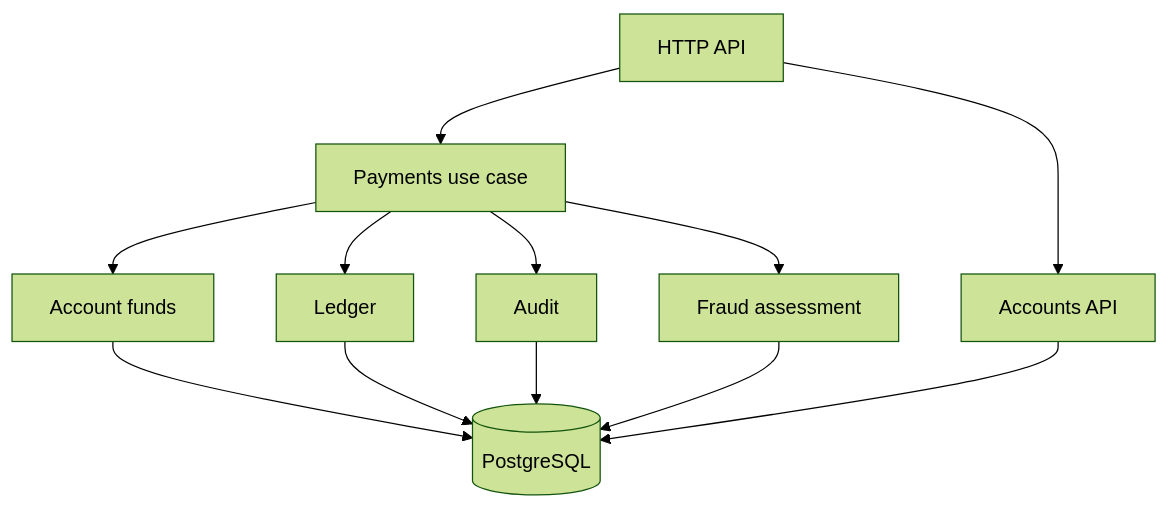
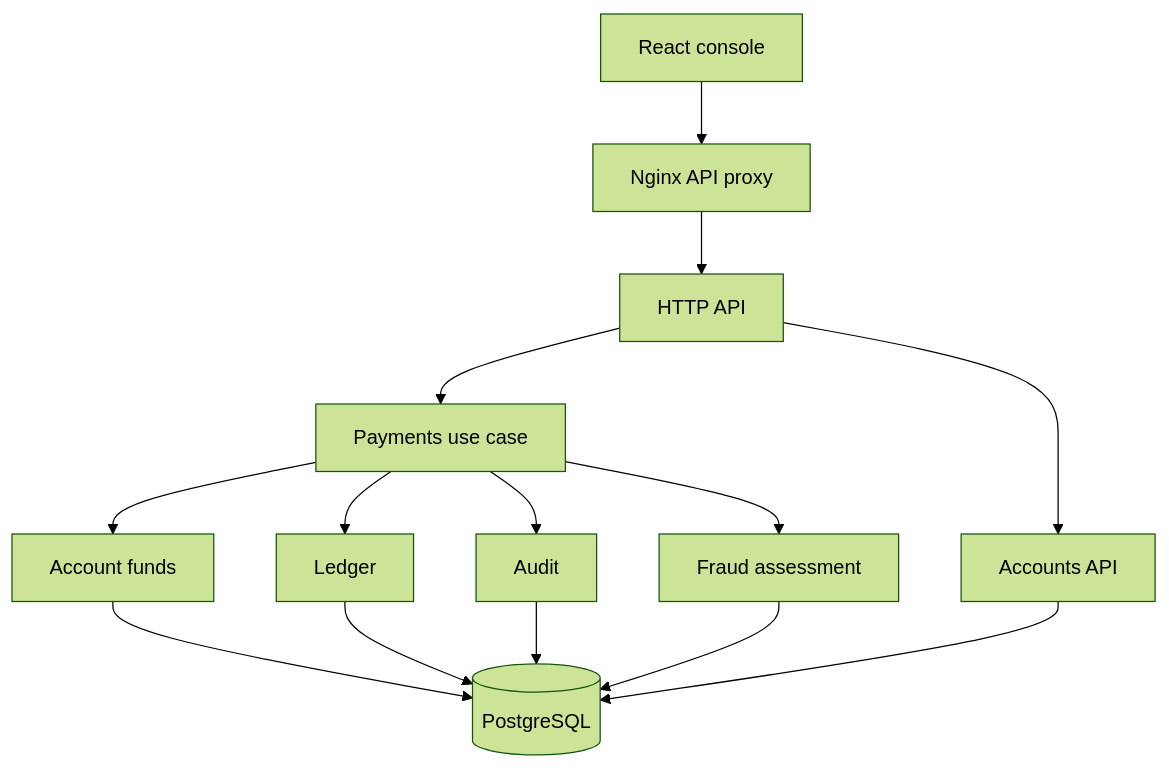
One commit to Danylo16/sentinel-payment-fraud-engine changed the diagram in README.md. Above: the diagram before and after it, drawn with Mermaid (forest theme). The commit also changed other lines of this file and 8 other files, not shown here.

````diff
--- a/README.md
+++ b/README.md
@@ -22,14 +22,16 @@
 ```mermaid
 flowchart TD
-  API[HTTP API] --> P[Payments use case]
+  UI[React console] --> Proxy[Nginx API proxy]
+  Proxy --> API[HTTP API]
+  API --> P[Payments use case]
   API --> A[Accounts API]
   P --> F[Account funds]
   P --> L[Ledger]
   P --> U[Audit]
   P --> R[Fraud assessment]
   R --> DB
   A --> DB[(PostgreSQL)]
   F --> DB
   L --> DB
   U --> DB
 ```
````
